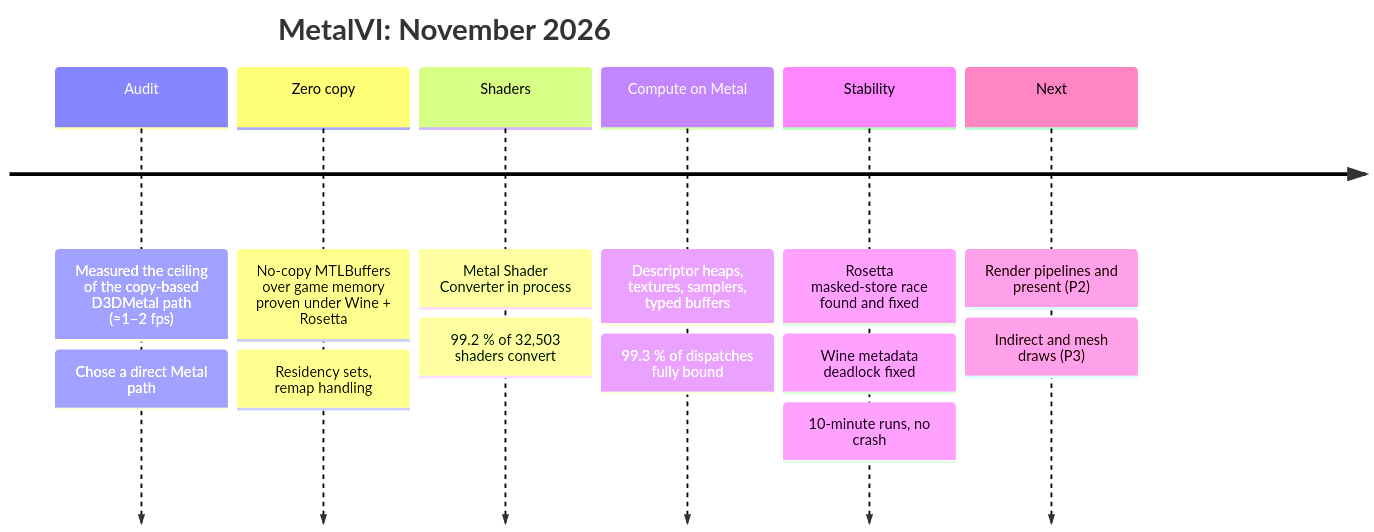
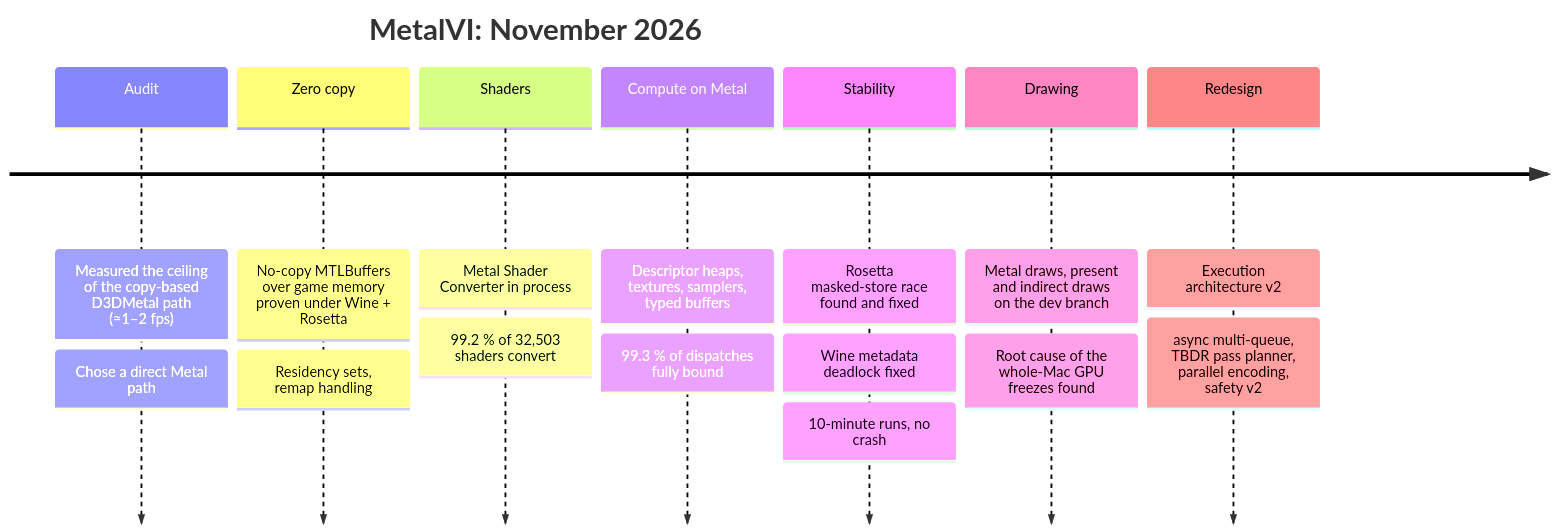
One commit to Aoody743/MetalVI changed the fourth of 4 diagrams in README.md. Above: the diagram before and after it, drawn with Mermaid. The commit also changed other lines of this file and 3 other files, not shown here.

First line of the commit message:
README: honest status, execution architecture v2, performance and device predictions

````diff
--- a/README.md
+++ b/README.md
@@ -111,10 +159,11 @@
 ```mermaid
 timeline
     title MetalVI: November 2026
     Audit : Measured the ceiling of the copy-based D3DMetal path (≈1–2 fps) : Chose a direct Metal path
     Zero copy : No-copy MTLBuffers over game memory proven under Wine + Rosetta : Residency sets, remap handling
     Shaders : Metal Shader Converter in process : 99.2 % of 32,503 shaders convert
     Compute on Metal : Descriptor heaps, textures, samplers, typed buffers : 99.3 % of dispatches fully bound
     Stability : Rosetta masked-store race found and fixed : Wine metadata deadlock fixed : 10-minute runs, no crash
-    Next : Render pipelines and present (P2) : Indirect and mesh draws (P3)
+    Drawing : Metal draws, present and indirect draws on the dev branch : Root cause of the whole-Mac GPU freezes found
+    Redesign : Execution architecture v2 : async multi-queue, TBDR pass planner, parallel encoding, safety v2
 ```
````
